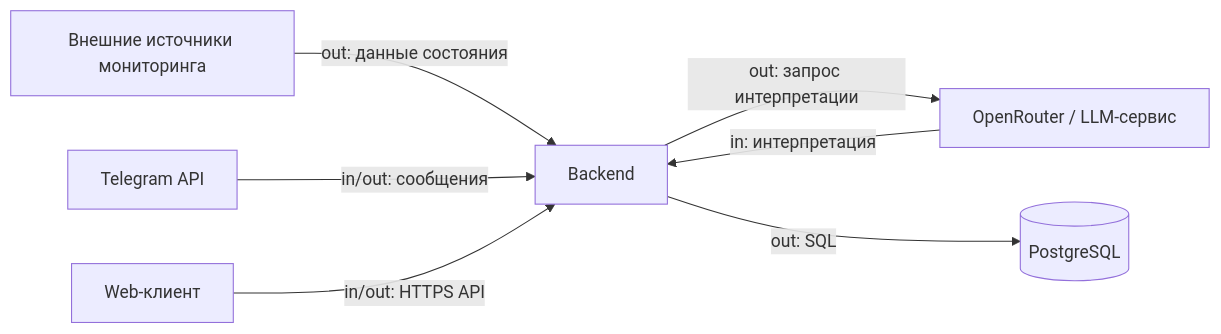
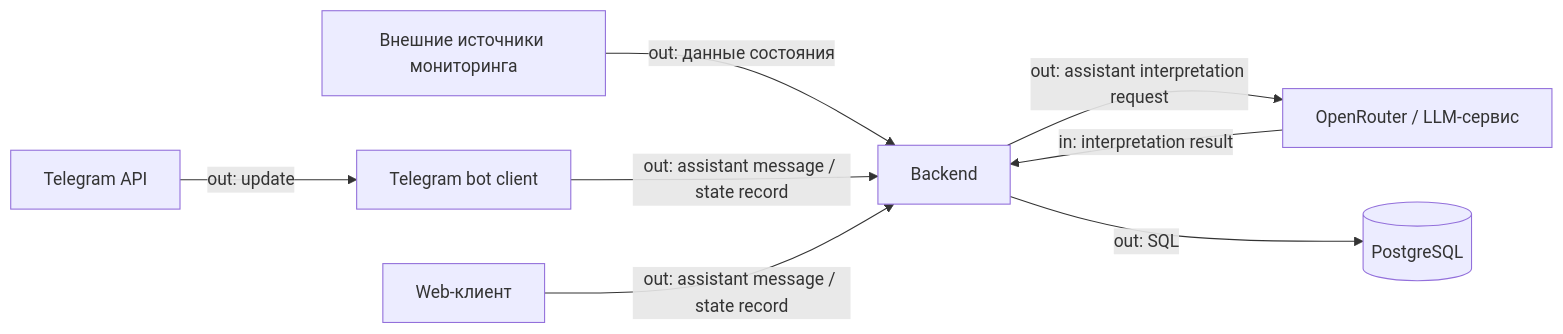
The diagram in docs/integrations.md (VladislavMilovanov/tg-maintenance-bot), drawn with Mermaid before and after one commit. The commit also changed other lines of this file and 76 other files, not shown here.

````diff
--- a/docs/integrations.md
+++ b/docs/integrations.md
@@ -5,9 +5,10 @@
 ```mermaid
 flowchart LR
     MON[Внешние источники мониторинга] -->|out: данные состояния| BE[Backend]
-    BE -->|out: запрос интерпретации| LLM[OpenRouter / LLM-сервис]
-    LLM -->|in: интерпретация| BE
-    TG[Telegram API] -->|in/out: сообщения| BE
-    WEB[Web-клиент] -->|in/out: HTTPS API| BE
+    TG[Telegram API] -->|out: update| BOT[Telegram bot client]
+    BOT -->|out: assistant message / state record| BE
+    WEB[Web-клиент] -->|out: assistant message / state record| BE
+    BE -->|out: assistant interpretation request| LLM[OpenRouter / LLM-сервис]
+    LLM -->|in: interpretation result| BE
     BE -->|out: SQL| PG[(PostgreSQL)]
 ```
````
